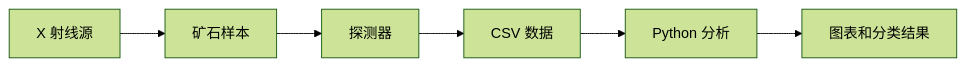
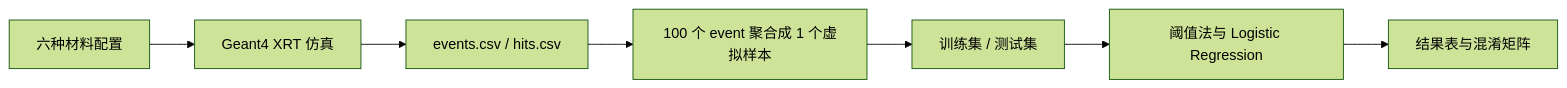
Before and after one commit to dydpop/xrt-sorter-geant4-undergrad-guide: the diagram in docs/TEAM_GUIDE_zh.md, drawn with Mermaid (forest theme). The commit also changed other lines of this file and 29 other files, not shown here.

````diff
--- a/docs/TEAM_GUIDE_zh.md
+++ b/docs/TEAM_GUIDE_zh.md
@@ -11,8 +25,9 @@
 ```mermaid
 flowchart LR
-    S["X 射线源"] --> O["矿石样本"]
-    O --> D["探测器"]
-    D --> C["CSV 数据"]
-    C --> P["Python 分析"]
-    P --> R["图表和分类结果"]
+    A["六种材料配置"] --> B["Geant4 XRT 仿真"]
+    B --> C["events.csv / hits.csv"]
+    C --> D["100 个 event 聚合成 1 个虚拟样本"]
+    D --> E["训练集 / 测试集"]
+    E --> F["阈值法与 Logistic Regression"]
+    F --> G["结果表与混淆矩阵"]
 ```
````
